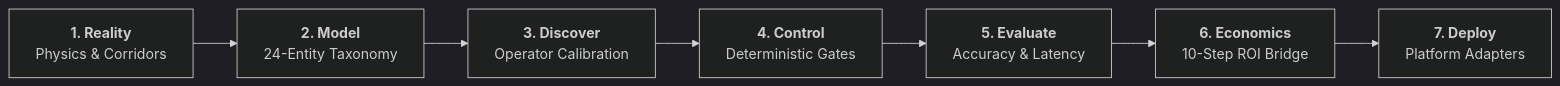
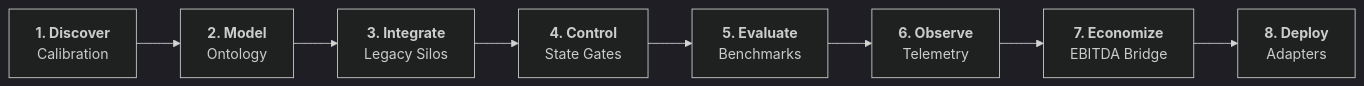
One commit to Kaisen2350/FDE-Workbench changed the diagram in PROFILE_README.md. Above: the diagram before and after it, drawn with Mermaid (dark theme). The commit also changed other lines of this file and 2 other files, not shown here.

Commit message:
docs: lock FDE positioning, 8-stage proof architecture, and vanguard publication sequence

````diff
--- a/PROFILE_README.md
+++ b/PROFILE_README.md
@@ -38,9 +40,10 @@
 ```mermaid
 flowchart LR
-    A["<b>1. Reality</b><br/>Physics & Corridors"] --> B["<b>2. Model</b><br/>24-Entity Taxonomy"]
-    B --> C["<b>3. Discover</b><br/>Operator Calibration"]
-    C --> D["<b>4. Control</b><br/>Deterministic Gates"]
-    D --> E["<b>5. Evaluate</b><br/>Accuracy & Latency"]
-    E --> F["<b>6. Economics</b><br/>10-Step ROI Bridge"]
-    F --> G["<b>7. Deploy</b><br/>Platform Adapters"]
+    A["<b>1. Discover</b><br/>Calibration"] --> B["<b>2. Model</b><br/>Ontology"]
+    B --> C["<b>3. Integrate</b><br/>Legacy Silos"]
+    C --> D["<b>4. Control</b><br/>State Gates"]
+    D --> E["<b>5. Evaluate</b><br/>Benchmarks"]
+    E --> F["<b>6. Observe</b><br/>Telemetry"]
+    F --> G["<b>7. Economize</b><br/>EBITDA Bridge"]
+    G --> H["<b>8. Deploy</b><br/>Adapters"]
 ```
````
